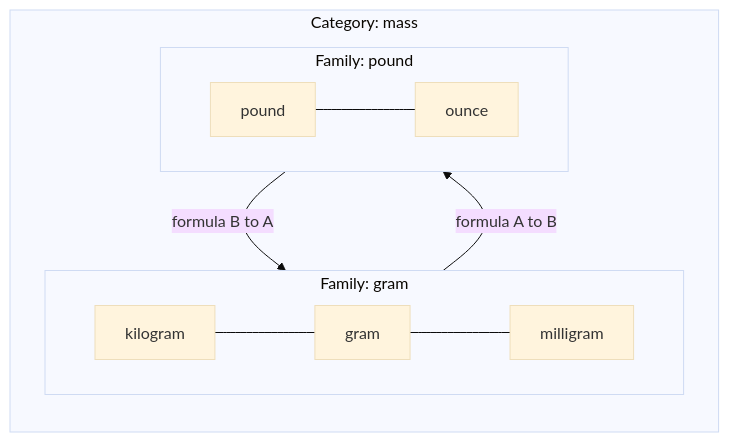
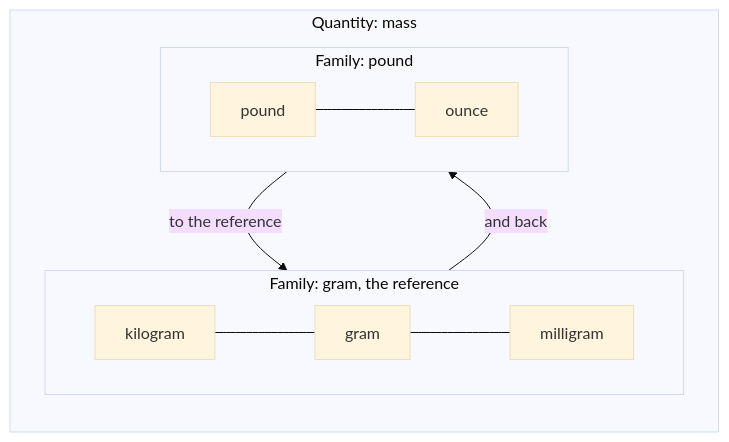
One commit to AlexandreGallais/synoptic-studio-spec changed the second of 5 diagrams in metadata/05-units.md. Above: the diagram before and after it, drawn with Mermaid (base theme). The commit also changed other lines of this file and 18 other files, not shown here.

````diff
--- a/metadata/05-units.md
+++ b/metadata/05-units.md
@@ -25,13 +26,13 @@
 ```mermaid
 flowchart LR
-    subgraph Mass[Category: mass]
-        subgraph G[Family: gram]
+    subgraph Mass[Quantity: mass]
+        subgraph G[Family: gram, the reference]
             kg[kilogram] --- g[gram] --- mg[milligram]
         end
         subgraph P[Family: pound]
             lb[pound] --- oz[ounce]
         end
-        G -- "formula A to B" --> P
-        P -- "formula B to A" --> G
+        P -- "to the reference" --> G
+        G -- "and back" --> P
     end
 ```
````
